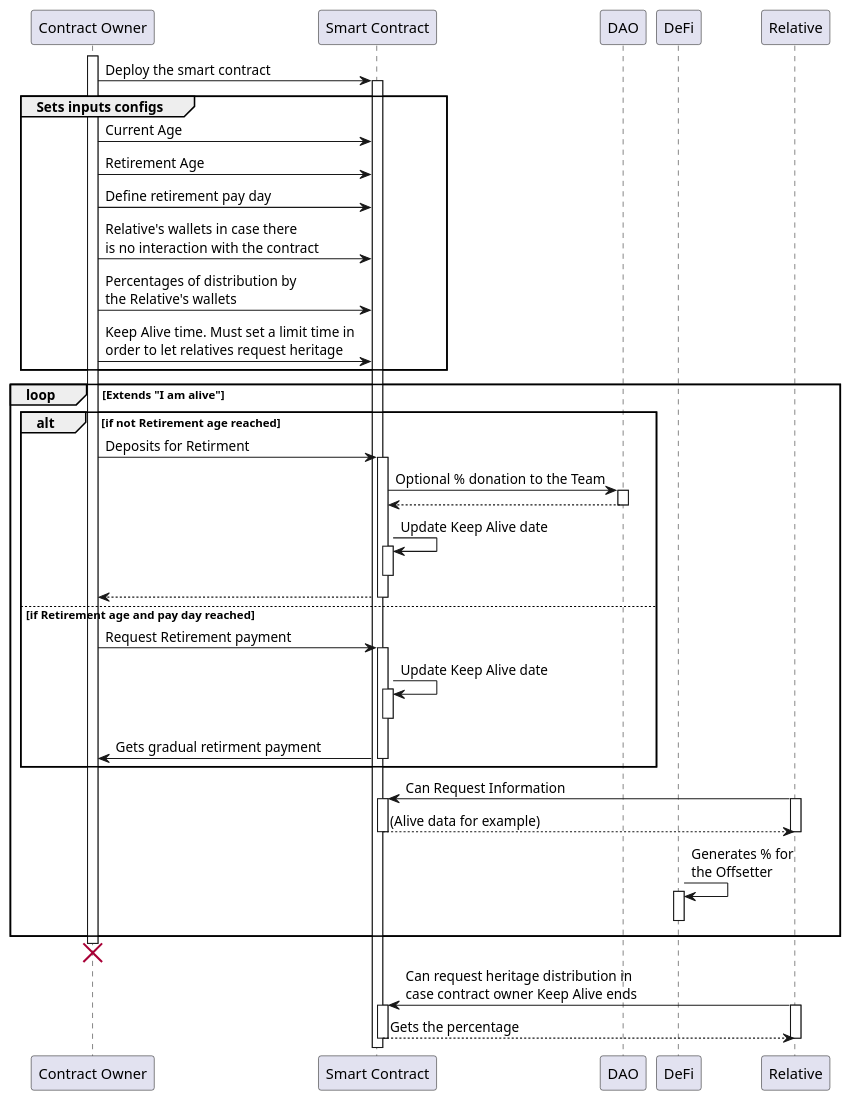
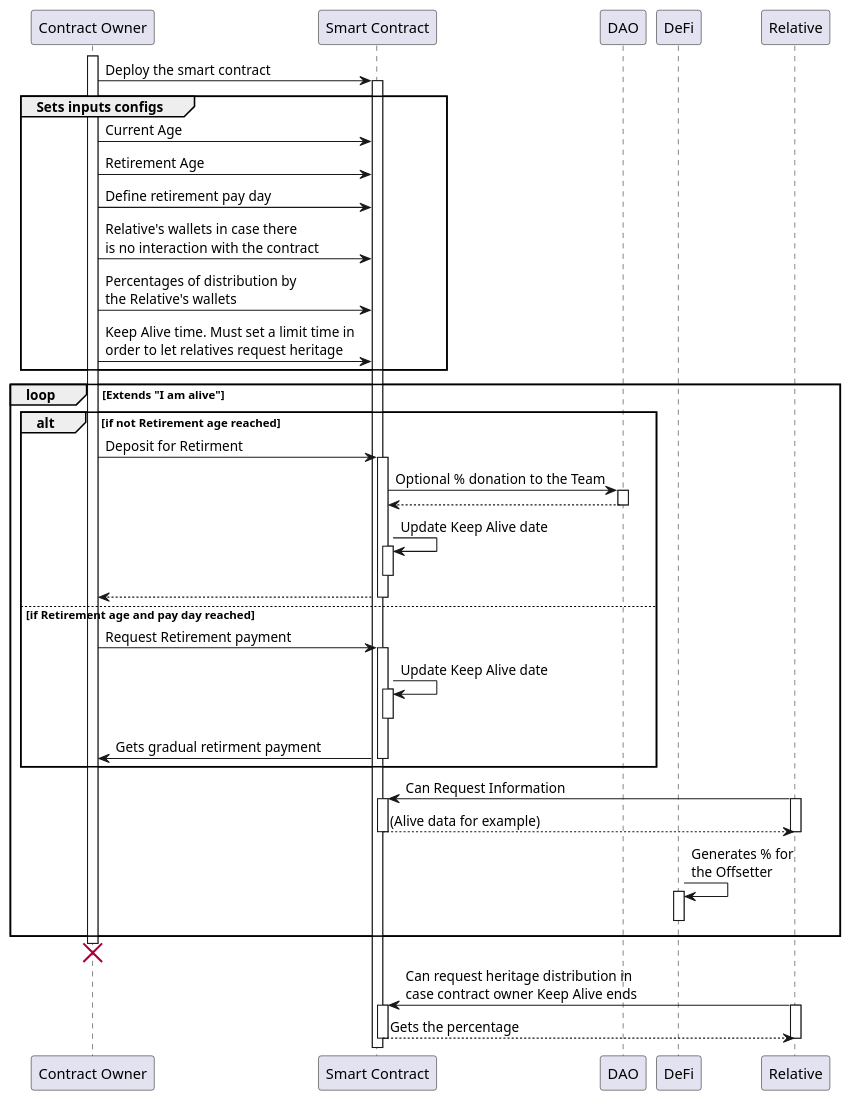
Before and after one commit to P1R/RET: the second of 3 diagrams in README.md, drawn with PlantUML. The commit also changed other lines of this file, not shown here.

````diff
--- a/README.md
+++ b/README.md
@@ -110,60 +110,60 @@
 ```plantuml
 @startuml
 participant "Contract Owner" as CO
 participant "Smart Contract" as SC
 participant "DAO" as TD
 participant "DeFi" as LP
 participant "Relative" as RL
 activate CO
 CO->SC: Deploy the smart contract
 activate SC
 group Sets inputs configs
   CO->SC: Current Age
   CO->SC: Retirement Age
   CO->SC: Define retirement pay day
   CO->SC: Relative's wallets in case there\nis no interaction with the contract
   CO->SC: Percentages of distribution by\nthe Relative's wallets
   CO->SC: Keep Alive time. Must set a limit time in\norder to let relatives request heritage
 end
 loop Extends "I am alive"
   alt if not Retirement age reached
-    CO->SC: Deposits for Retirment
+    CO->SC: Deposit for Retirment
     activate SC
     SC->TD: Optional % donation to the Team
     activate TD
     TD-->SC:
     deactivate TD
     SC->SC: Update Keep Alive date
     activate SC
     deactivate SC
     SC-->CO:
     deactivate SC
   else if Retirement age and pay day reached
     CO->SC: Request Retirement payment
     activate SC
     SC->SC: Update Keep Alive date
     activate SC
     deactivate SC 
     SC->CO: Gets gradual retirment payment
     deactivate SC
   end
   RL->SC: Can Request Information
   activate RL
   activate SC
   SC-->RL: (Alive data for example)
   deactivate SC
   deactivate RL
   LP->LP: Generates % for\nthe Offsetter
   activate LP
   deactivate LP
 end
 destroy CO
 RL->SC: Can request heritage distribution in\ncase contract owner Keep Alive ends
 activate RL
 activate SC
 SC-->RL: Gets the percentage
 deactivate SC
 deactivate RL
 
 @enduml
 ```
````
